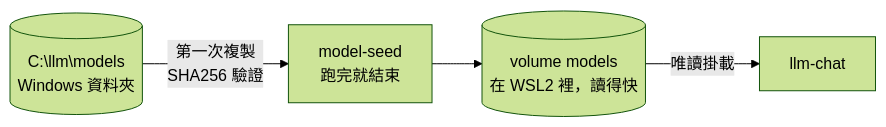
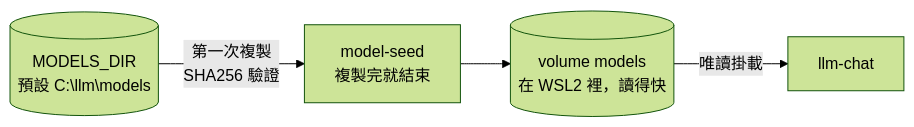
Before and after one commit to Anderson-chen/talkcal: the fourth of 7 diagrams in docs/architecture.md, drawn with Mermaid (forest theme). The commit also changed 5 other files, not shown here.

First line of the commit message:
feat(deploy): 本機的模型檔資料夾可以用 MODELS_DIR 設定 (#329)

````diff
--- a/docs/architecture.md
+++ b/docs/architecture.md
@@ -81,6 +81,6 @@
 ```mermaid
 flowchart LR
-    src[("C:\llm\models<br/>Windows 資料夾")] -->|"第一次複製<br/>SHA256 驗證"| seed["model-seed<br/>跑完就結束"]
+    src[("MODELS_DIR<br/>預設 C:\llm\models")] -->|"第一次複製<br/>SHA256 驗證"| seed["model-seed<br/>複製完就結束"]
     seed --> vol[("volume models<br/>在 WSL2 裡，讀得快")]
     vol -->|"唯讀掛載"| llm["llm-chat"]
 ```
````
